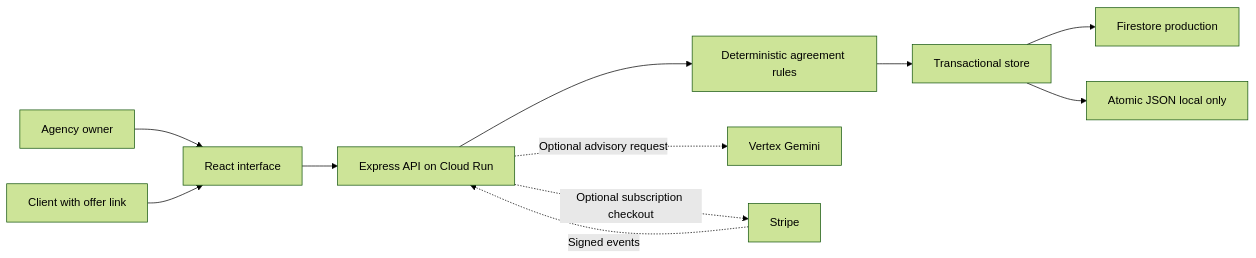
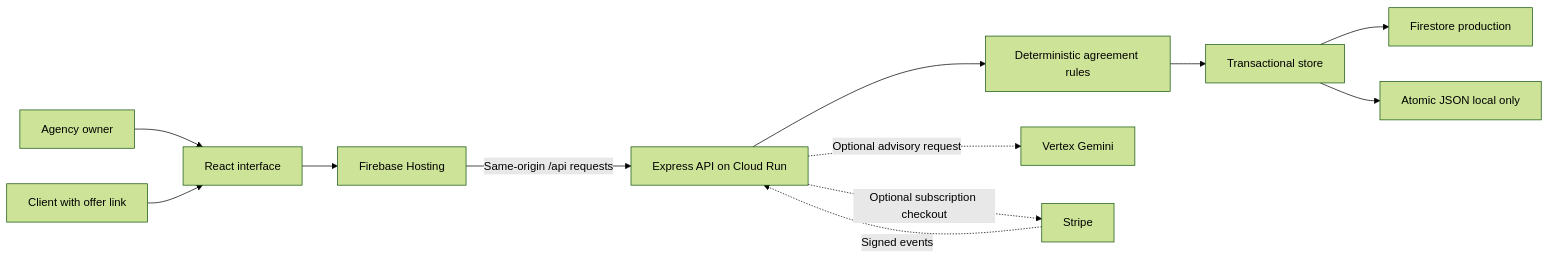
Before and after one commit to shi1720/Galuxium-Nexus-V2: the diagram in README.md, drawn with Mermaid (forest theme). The commit also changed other lines of this file and 14 other files, not shown here.

````diff
--- a/README.md
+++ b/README.md
@@ -99,13 +101,14 @@
 ```mermaid
 flowchart LR
     O[Agency owner] --> UI[React interface]
     C[Client with offer link] --> UI
-    UI --> API[Express API on Cloud Run]
+    UI --> Hosting[Firebase Hosting]
+    Hosting -->|Same-origin /api requests| API[Express API on Cloud Run]
     API --> Domain[Deterministic agreement rules]
     Domain --> Store[Transactional store]
     Store --> FS[Firestore production]
     Store --> Local[Atomic JSON local only]
     API -. Optional advisory request .-> Vertex[Vertex Gemini]
     API -. Optional subscription checkout .-> Stripe[Stripe]
     Stripe -. Signed events .-> API
 ```
````
